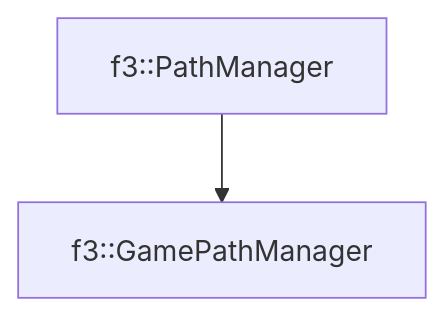
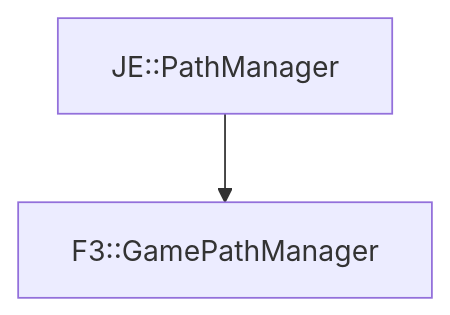
The diagram in docs/f3/GamePathManager.md (OpenJE/openvb), drawn with Mermaid before and after one commit. The commit also changed other lines of this file and 1399 other files, not shown here.

````diff
--- a/docs/f3/GamePathManager.md
+++ b/docs/f3/GamePathManager.md
@@ -16,4 +16,4 @@
 ```mermaid
 graph TD;
-    f3::PathManager --> f3::GamePathManager
+    JE::PathManager --> F3::GamePathManager
 ```
````
